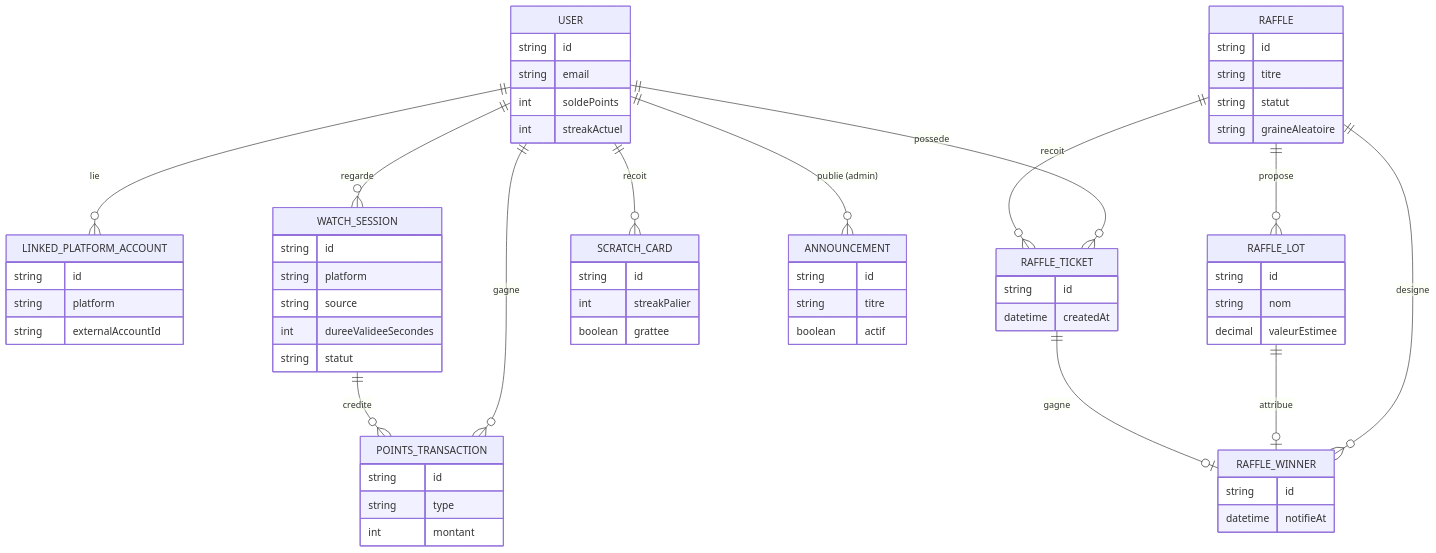
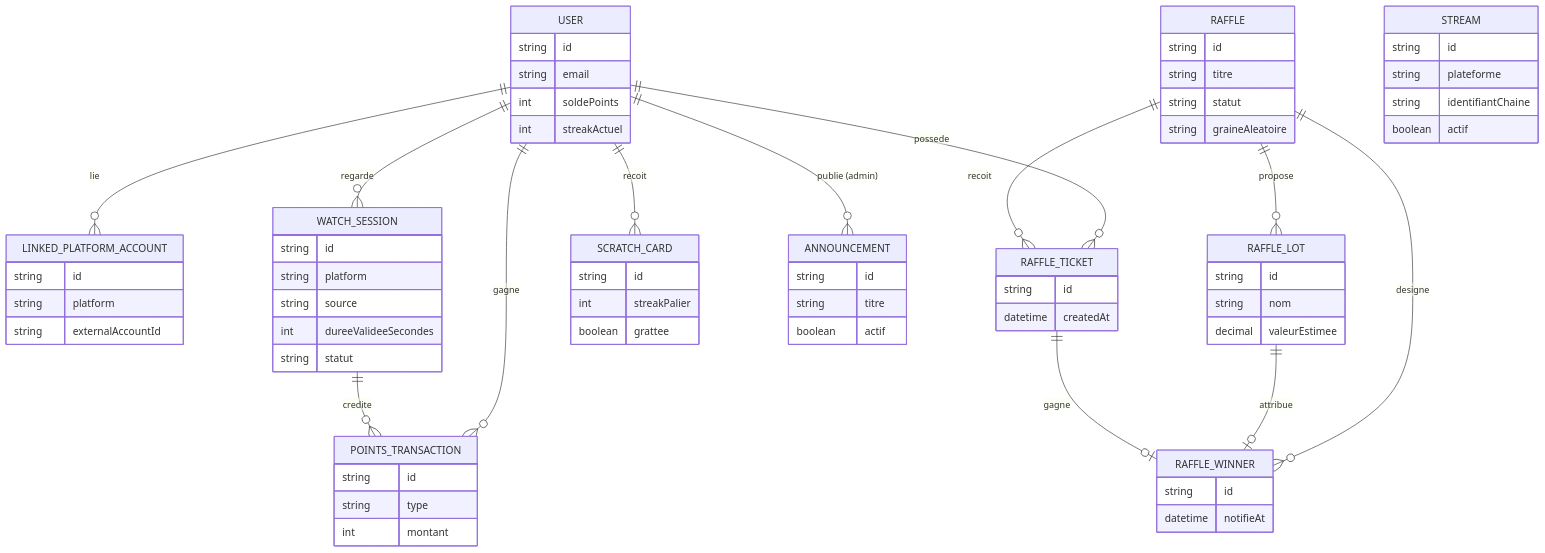
Before and after one commit to Krapaud-Labs/Skkup: the diagram in docs/03-data-model.md, drawn with Mermaid. The commit also changed other lines of this file and 1 other file, not shown here.

Commit message:
feat(backend): ajoute le modele Prisma Stream (catalogue des chaines partenaires)

````diff
--- a/docs/03-data-model.md
+++ b/docs/03-data-model.md
@@ -7,71 +7,77 @@
 ```mermaid
 erDiagram
     USER ||--o{ LINKED_PLATFORM_ACCOUNT : "lie"
     USER ||--o{ WATCH_SESSION : "regarde"
     USER ||--o{ POINTS_TRANSACTION : "gagne"
     USER ||--o{ RAFFLE_TICKET : "possede"
     USER ||--o{ SCRATCH_CARD : "recoit"
     USER ||--o{ ANNOUNCEMENT : "publie (admin)"
 
     WATCH_SESSION ||--o{ POINTS_TRANSACTION : "credite"
 
     RAFFLE ||--o{ RAFFLE_LOT : "propose"
     RAFFLE ||--o{ RAFFLE_TICKET : "recoit"
     RAFFLE ||--o{ RAFFLE_WINNER : "designe"
 
     RAFFLE_LOT ||--o| RAFFLE_WINNER : "attribue"
     RAFFLE_TICKET ||--o| RAFFLE_WINNER : "gagne"
 
     USER {
         string id
         string email
         int soldePoints
         int streakActuel
     }
     LINKED_PLATFORM_ACCOUNT {
         string id
         string platform
         string externalAccountId
     }
     WATCH_SESSION {
         string id
         string platform
         string source
         int dureeValideeSecondes
         string statut
     }
     POINTS_TRANSACTION {
         string id
         string type
         int montant
     }
     RAFFLE {
         string id
         string titre
         string statut
         string graineAleatoire
     }
     RAFFLE_LOT {
         string id
         string nom
         decimal valeurEstimee
     }
     RAFFLE_TICKET {
         string id
         datetime createdAt
     }
     RAFFLE_WINNER {
         string id
         datetime notifieAt
     }
     SCRATCH_CARD {
         string id
         int streakPalier
         boolean grattee
     }
     ANNOUNCEMENT {
         string id
         string titre
         boolean actif
     }
+    STREAM {
+        string id
+        string plateforme
+        string identifiantChaine
+        boolean actif
+    }
 ```
````
